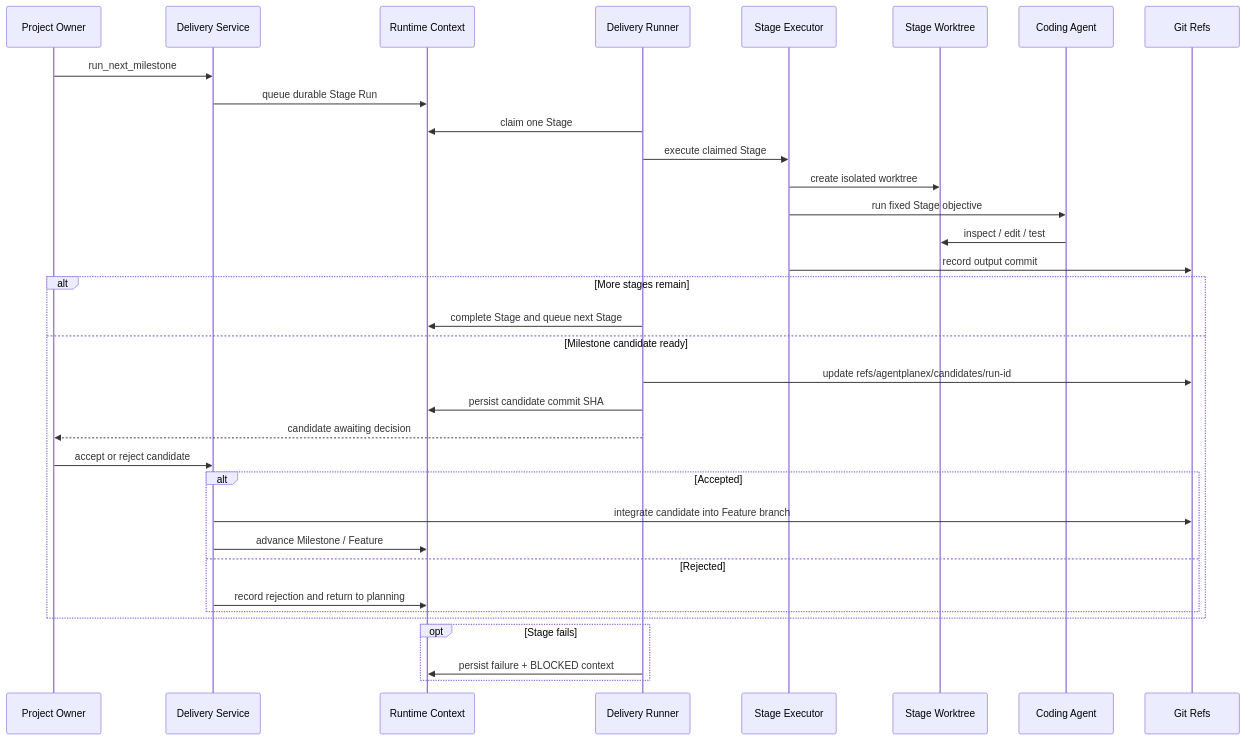
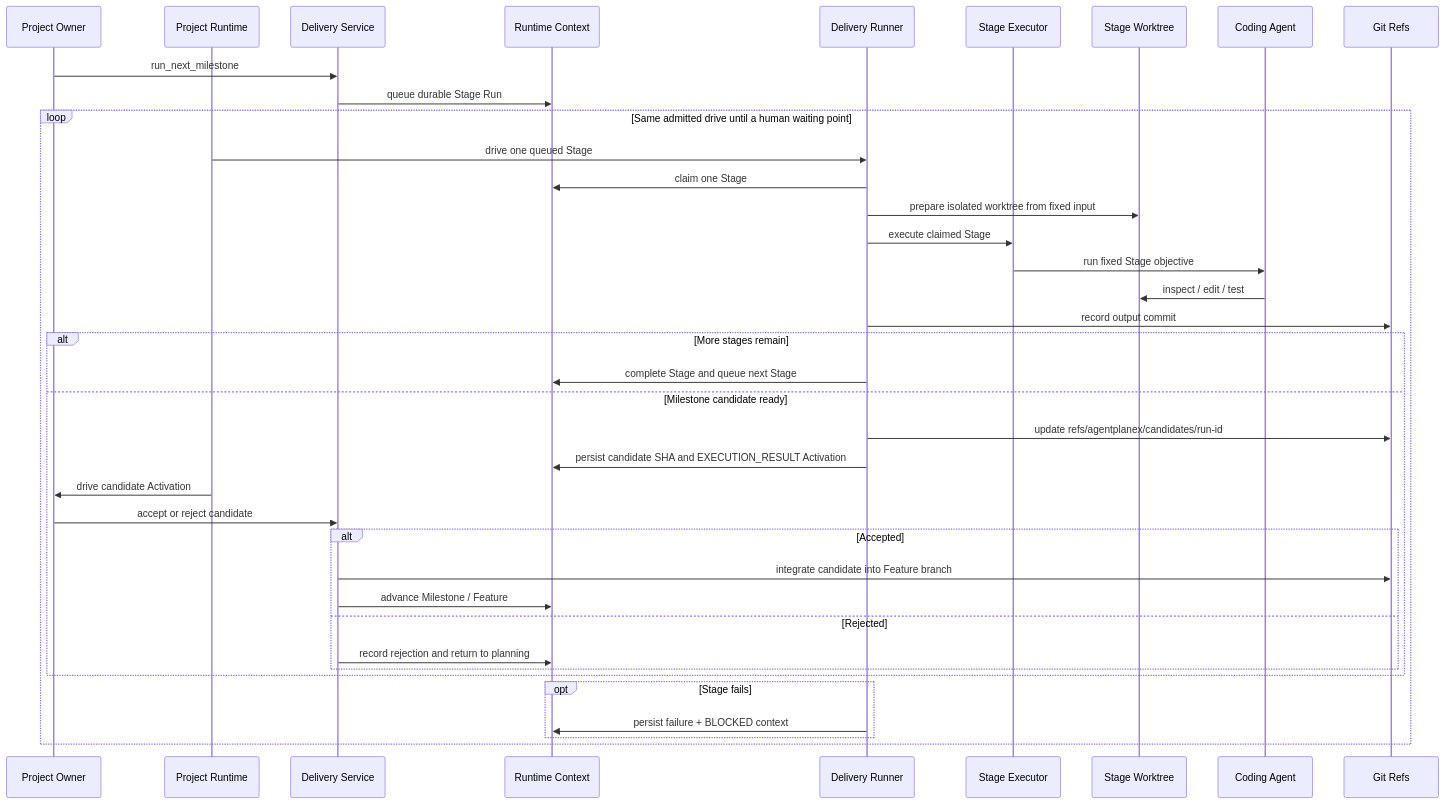
The sixth of 10 diagrams in docs/architecture.md (aowo-1345/AgentPanelX), drawn with Mermaid before and after one commit. The commit also changed other lines of this file, not shown here.

Commit message:
docs: align architecture with workspace runtime

````diff
--- a/docs/architecture.md
+++ b/docs/architecture.md
@@ -290,37 +309,41 @@
 ```mermaid
 sequenceDiagram
     participant Owner as Project Owner
+    participant Runtime as Project Runtime
     participant Delivery as Delivery Service
     participant DB as Runtime Context
     participant Runner as Delivery Runner
     participant Stage as Stage Executor
     participant WT as Stage Worktree
     participant Agent as Coding Agent
     participant Git as Git Refs
 
     Owner->>Delivery: run_next_milestone
     Delivery->>DB: queue durable Stage Run
-    Runner->>DB: claim one Stage
-    Runner->>Stage: execute claimed Stage
-    Stage->>WT: create isolated worktree
-    Stage->>Agent: run fixed Stage objective
-    Agent->>WT: inspect / edit / test
-    Stage->>Git: record output commit
-    alt More stages remain
-        Runner->>DB: complete Stage and queue next Stage
-    else Milestone candidate ready
-        Runner->>Git: update refs/agentplanex/candidates/run-id
-        Runner->>DB: persist candidate commit SHA
-        Runner-->>Owner: candidate awaiting decision
-        Owner->>Delivery: accept or reject candidate
-        alt Accepted
-            Delivery->>Git: integrate candidate into Feature branch
-            Delivery->>DB: advance Milestone / Feature
-        else Rejected
-            Delivery->>DB: record rejection and return to planning
+    loop Same admitted drive until a human waiting point
+        Runtime->>Runner: drive one queued Stage
+        Runner->>DB: claim one Stage
+        Runner->>WT: prepare isolated worktree from fixed input
+        Runner->>Stage: execute claimed Stage
+        Stage->>Agent: run fixed Stage objective
+        Agent->>WT: inspect / edit / test
+        Runner->>Git: record output commit
+        alt More stages remain
+            Runner->>DB: complete Stage and queue next Stage
+        else Milestone candidate ready
+            Runner->>Git: update refs/agentplanex/candidates/run-id
+            Runner->>DB: persist candidate SHA and EXECUTION_RESULT Activation
+            Runtime->>Owner: drive candidate Activation
+            Owner->>Delivery: accept or reject candidate
+            alt Accepted
+                Delivery->>Git: integrate candidate into Feature branch
+                Delivery->>DB: advance Milestone / Feature
+            else Rejected
+                Delivery->>DB: record rejection and return to planning
+            end
+        end
+        opt Stage fails
+            Runner->>DB: persist failure + BLOCKED context
         end
     end
-    opt Stage fails
-        Runner->>DB: persist failure + BLOCKED context
-    end
 ```
````
